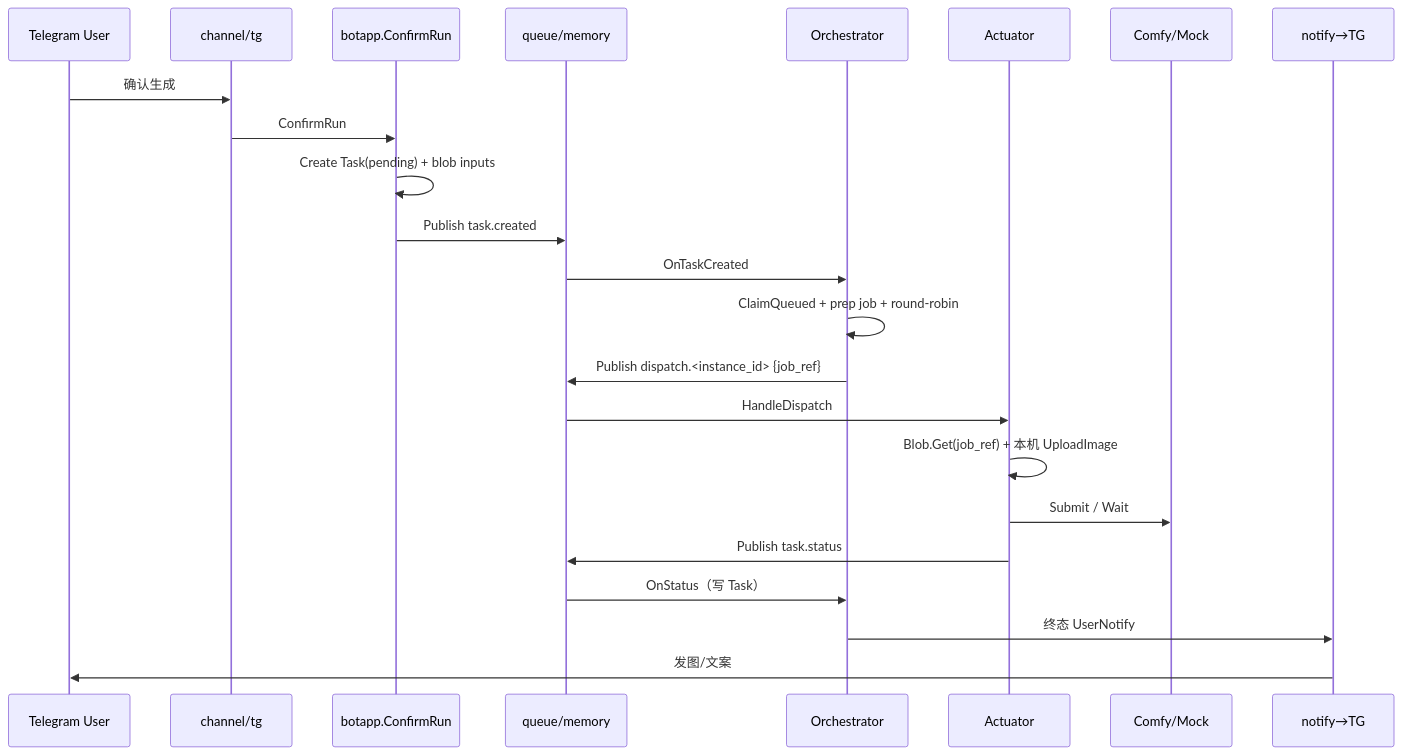
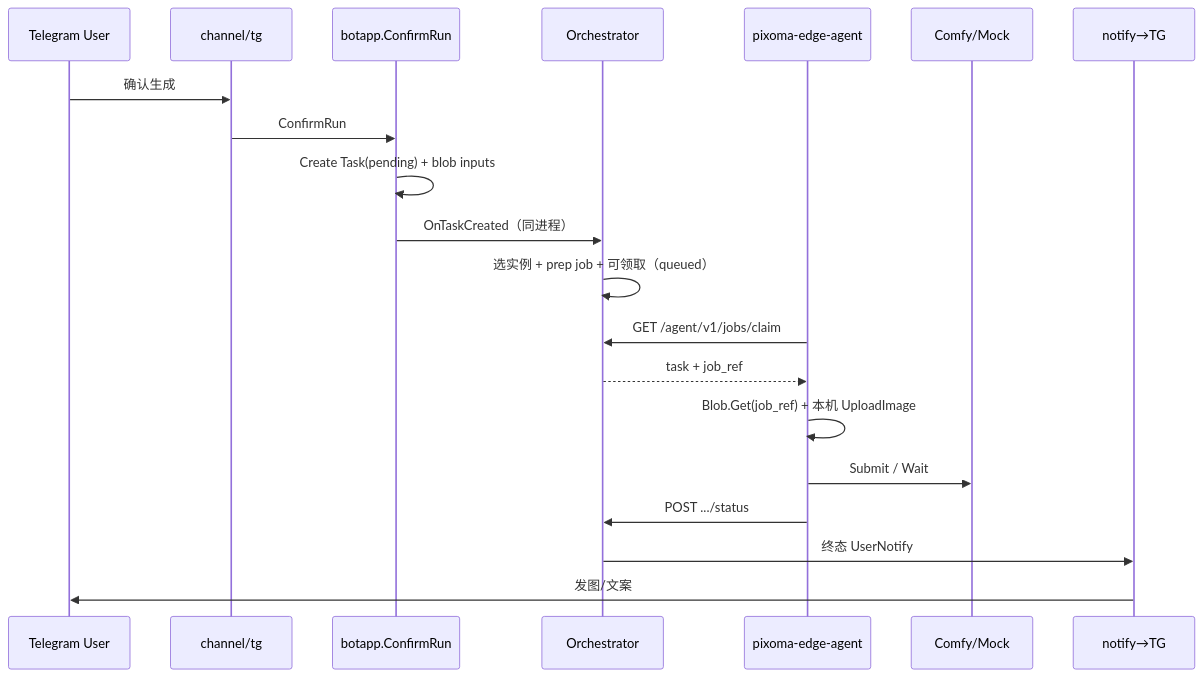
Before and after one commit to Mr9esx/Pixoma: the first of 2 diagrams in docs/architecture/runtime.md, drawn with Mermaid. The commit also changed other lines of this file and 44 other files, not shown here.

````diff
--- a/docs/architecture/runtime.md
+++ b/docs/architecture/runtime.md
@@ -9,26 +9,23 @@
 ```mermaid
 sequenceDiagram
   participant U as Telegram User
   participant TG as channel/tg
   participant APP as botapp.ConfirmRun
-  participant Q as queue/memory
   participant O as Orchestrator
-  participant A as Actuator
+  participant E as pixoma-edge-agent
   participant C as Comfy/Mock
   participant N as notify→TG
 
   U->>TG: 确认生成
   TG->>APP: ConfirmRun
   APP->>APP: Create Task(pending) + blob inputs
-  APP->>Q: Publish task.created
-  Q->>O: OnTaskCreated
-  O->>O: ClaimQueued + prep job + round-robin
-  O->>Q: Publish dispatch.<instance_id> {job_ref}
-  Q->>A: HandleDispatch
-  A->>A: Blob.Get(job_ref) + 本机 UploadImage
-  A->>C: Submit / Wait
-  A->>Q: Publish task.status
-  Q->>O: OnStatus（写 Task）
+  APP->>O: OnTaskCreated（同进程）
+  O->>O: 选实例 + prep job + 可领取（queued）
+  E->>O: GET /agent/v1/jobs/claim
+  O-->>E: task + job_ref
+  E->>E: Blob.Get(job_ref) + 本机 UploadImage
+  E->>C: Submit / Wait
+  E->>O: POST .../status
   O->>N: 终态 UserNotify
   N->>U: 发图/文案
 ```
````
